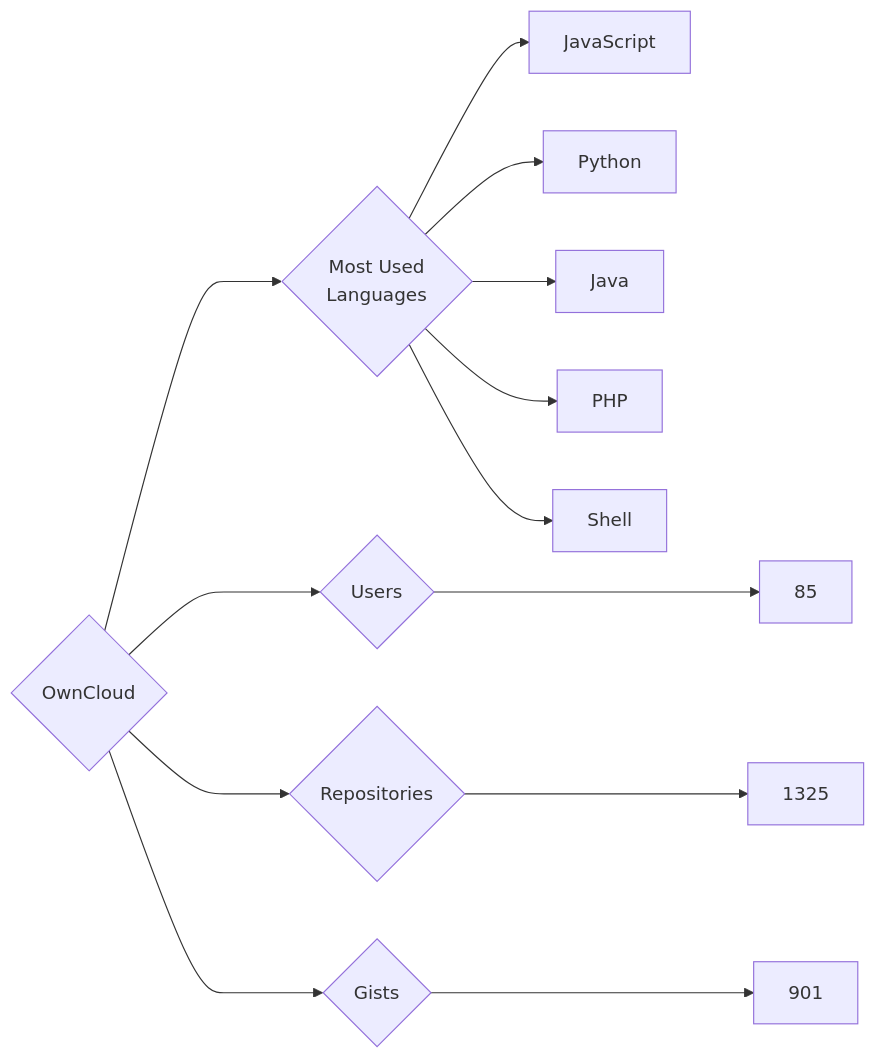
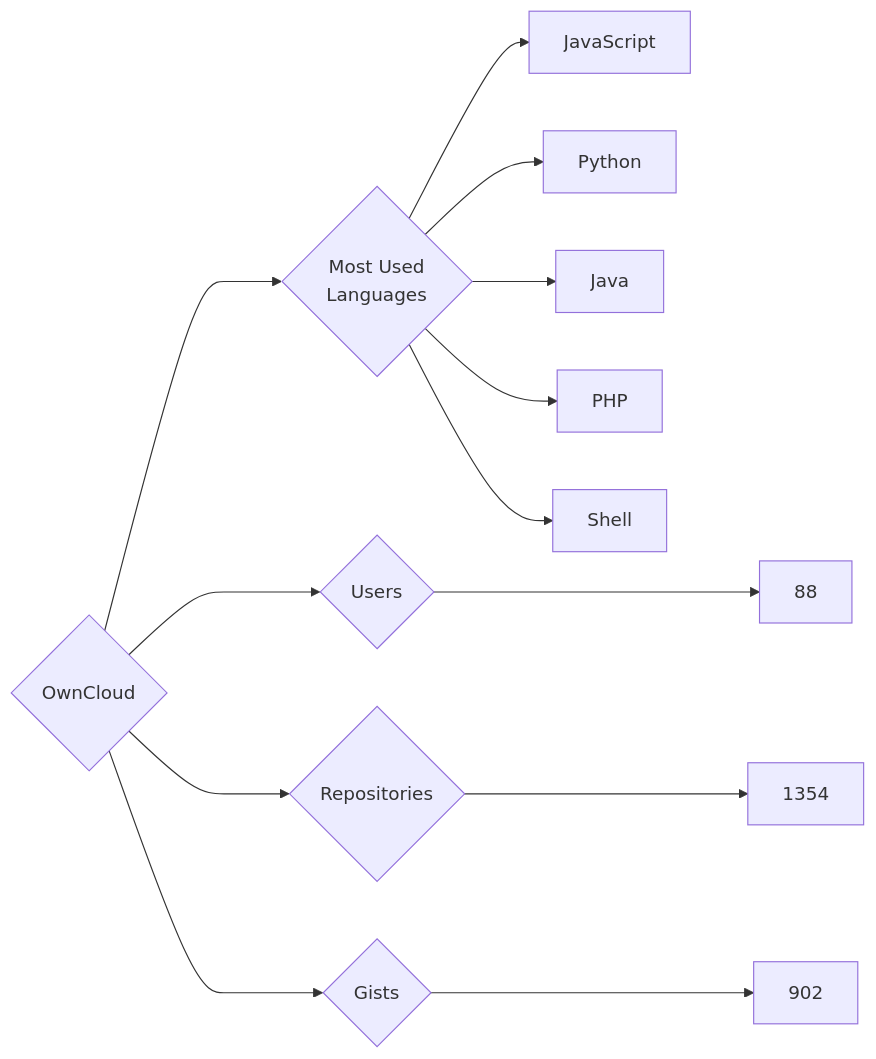
The diagram in targets/OwnCloud/README.md (trickest/insiders), drawn with Mermaid before and after one commit. The commit also changed 969 other files, not shown here.

````diff
--- a/targets/OwnCloud/README.md
+++ b/targets/OwnCloud/README.md
@@ -3,13 +3,13 @@
 ```mermaid
 graph LR
 COMPANY_NAME{OwnCloud}
-COMPANY_NAME ---> U{Users} ---> UN[85]
-COMPANY_NAME ---> R{Repositories} ---> RN[1325]
-COMPANY_NAME ---> G{Gists} ---> GN[901]
+COMPANY_NAME ---> U{Users} ---> UN[88]
+COMPANY_NAME ---> R{Repositories} ---> RN[1354]
+COMPANY_NAME ---> G{Gists} ---> GN[902]
 COMPANY_NAME ---> ML{Most Used<br>Languages}
 ML --> JavaScript[JavaScript]
 ML --> Python[Python]
 ML --> Java[Java]
 ML --> PHP[PHP]
 ML --> Shell[Shell]
 ```
````
